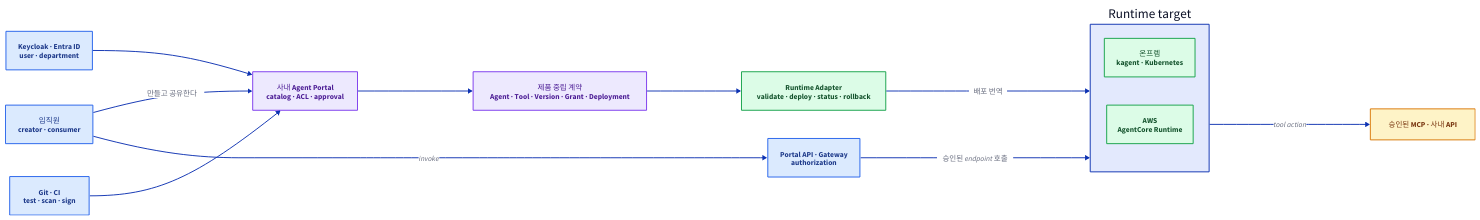
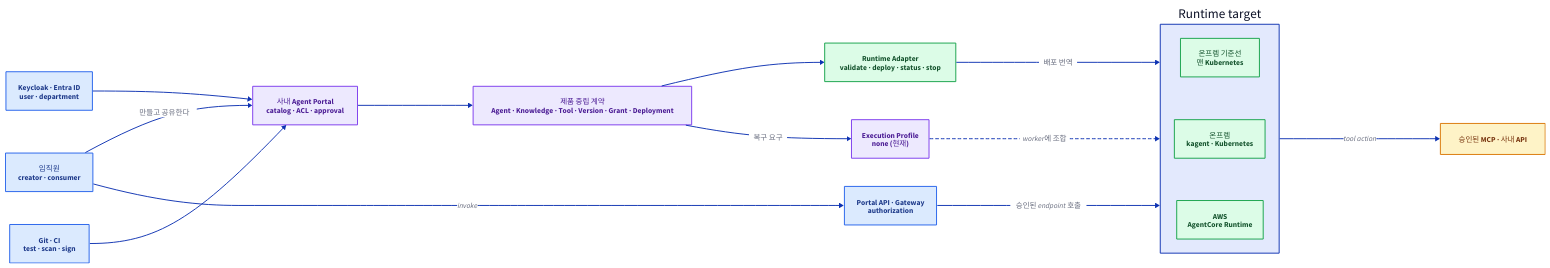
One commit to mechurak/study-starlight changed the diagram in src/content/docs/agent-platform/index.mdx. Above: the diagram before and after it, drawn with D2. The commit also changed other lines of this file and 21 other files, not shown here.

Commit message:
Refine the agent platform architecture deck

````diff
--- a/src/content/docs/agent-platform/index.mdx
+++ b/src/content/docs/agent-platform/index.mdx
@@ -24,60 +24,66 @@
 ```d2 layout=elk pad=40 title="임직원의 배포 흐름은 portal과 제품 중립 계약을 거쳐 adapter가 두 runtime에 번역하고, 요청 흐름은 gateway의 authorization을 거쳐 runtime과 승인된 tool에 닿는 전체 구조"
 direction: right
 
 classes: {
   key: {
     style: {
       fill: "#dbeafe"
       stroke: "#2563eb"
       font-color: "#1e3a8a"
     }
   }
   zone: {
     style: {
       fill: "#ede9fe"
       stroke: "#7c3aed"
       font-color: "#4c1d95"
     }
   }
   ok: {
     style: {
       fill: "#dcfce7"
       stroke: "#16a34a"
       font-color: "#14532d"
     }
   }
   warn: {
     style: {
       fill: "#fef3c7"
       stroke: "#d97706"
       font-color: "#78350f"
     }
   }
 }
 
 user: "임직원\ncreator · consumer" { class: key }
 idp: "Keycloak · Entra ID\nuser · department" { class: key }
 git: "Git · CI\ntest · scan · sign" { class: key }
 portal: "사내 Agent Portal\ncatalog · ACL · approval" { class: zone }
-core: "제품 중립 계약\nAgent · Tool · Version · Grant · Deployment" { class: zone }
-adapter: "Runtime Adapter\nvalidate · deploy · status · rollback" { class: ok }
+core: "제품 중립 계약\nAgent · Knowledge · Tool · Version · Grant · Deployment" { class: zone }
+adapter: "Runtime Adapter\nvalidate · deploy · status · stop" { class: ok }
+execution: "Execution Profile\nnone (현재)" { class: zone }
 gw: "Portal API · Gateway\nauthorization" { class: key }
 
 runtimes: "Runtime target" {
+  k8s: "온프렘 기준선\n맨 Kubernetes" { class: ok }
   kag: "온프렘\nkagent · Kubernetes" { class: ok }
   aws: "AWS\nAgentCore Runtime" { class: ok }
 }
 
 tool: "승인된 MCP · 사내 API" { class: warn }
 
 user -> portal: "만들고 공유한다"
 idp -> portal
 git -> portal
 portal -> core
 core -> adapter
+core -> execution: "복구 요구"
 adapter -> runtimes: "배포 번역"
+execution -> runtimes: "worker에 조합" {
+  style.stroke-dash: 3
+}
 
 user -> gw: "invoke"
 gw -> runtimes: "승인된 endpoint 호출"
 runtimes -> tool: "tool action"
 ```
````
